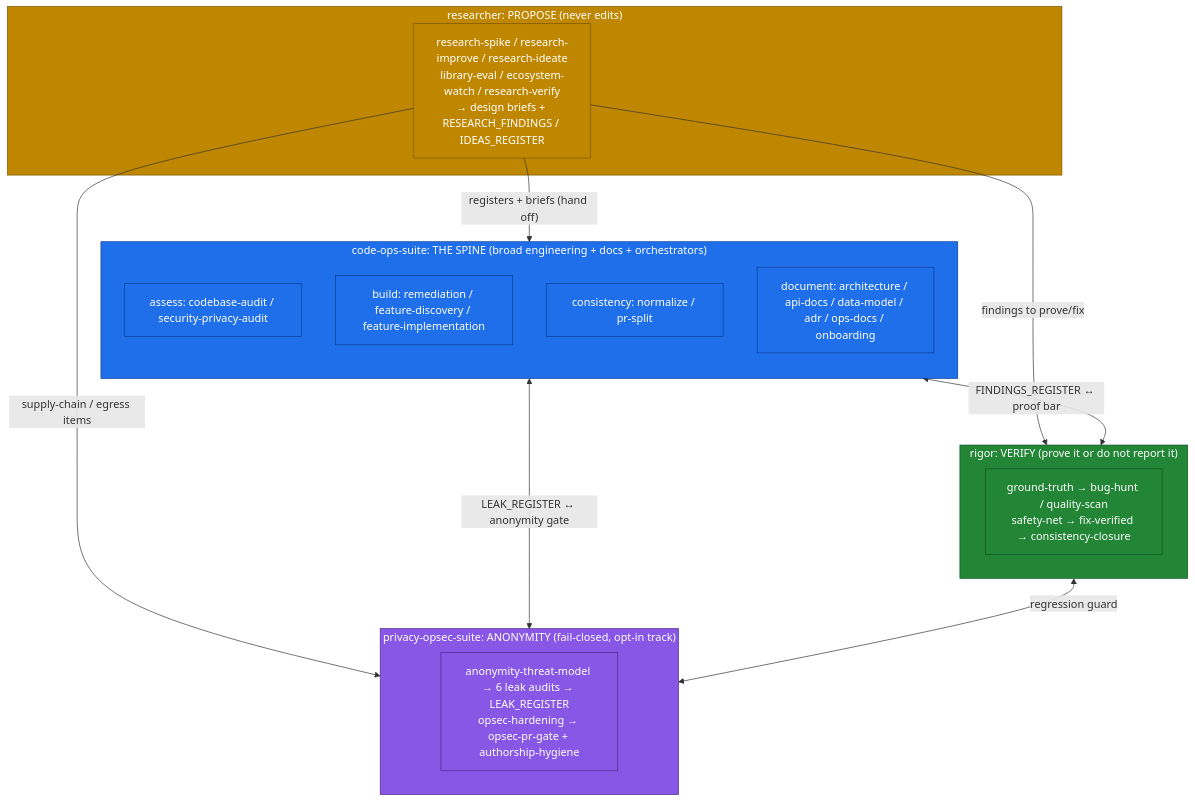
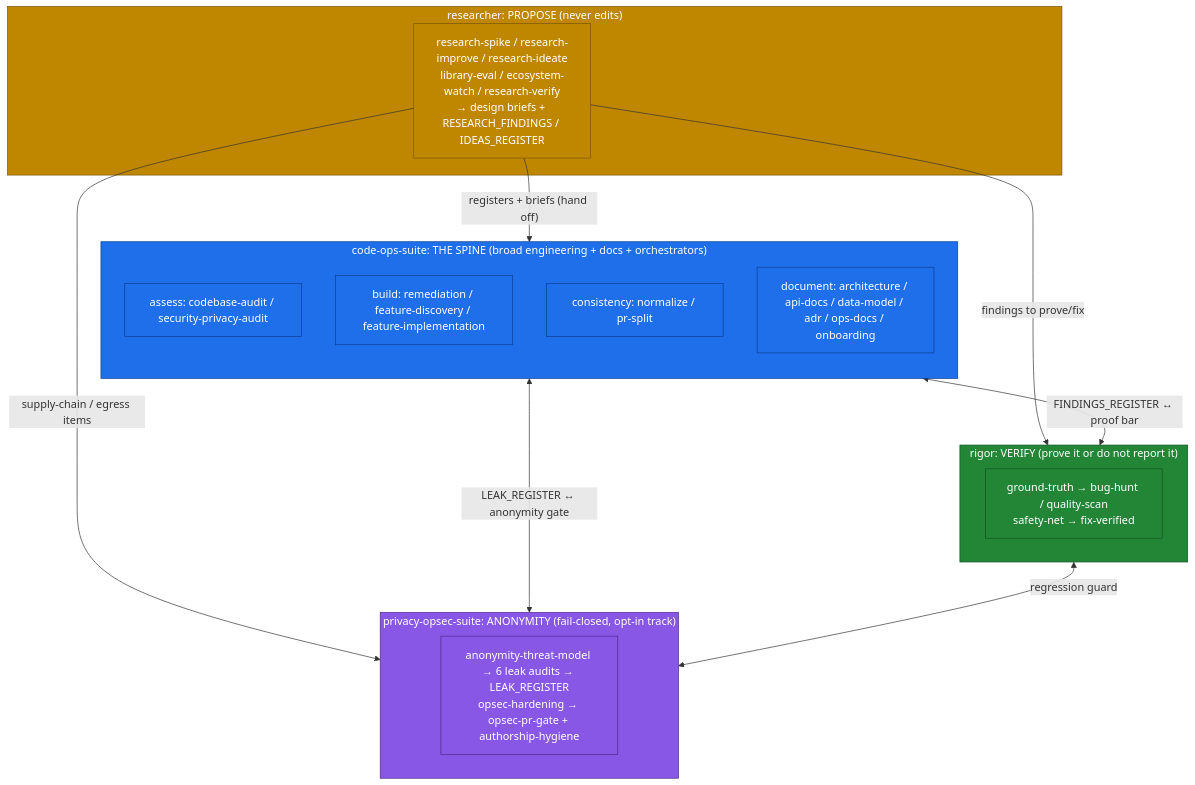
The first of 2 diagrams in code-ops-docs/40 Engineering/Handbook/02-mental-model.md (skylarsabo/code-ops), drawn with Mermaid before and after one commit. The commit also changed other lines of this file and 44 other files, not shown here.

First line of the commit message:
Merge consistency-closure into normalize as a concept mode

````diff
--- a/code-ops-docs/40 Engineering/Handbook/02-mental-model.md
+++ b/code-ops-docs/40 Engineering/Handbook/02-mental-model.md
@@ -91,39 +91,39 @@
 ```mermaid
 flowchart TB
     subgraph propose["researcher: PROPOSE (never edits)"]
         R["research-spike / research-improve / research-ideate<br/>library-eval / ecosystem-watch / research-verify<br/>→ design briefs + RESEARCH_FINDINGS / IDEAS_REGISTER"]
     end
 
     subgraph spine["code-ops-suite: THE SPINE (broad engineering + docs + orchestrators)"]
         direction TB
         AUDIT["assess: codebase-audit / security-privacy-audit"]
         BUILD["build: remediation / feature-discovery / feature-implementation"]
         NORM["consistency: normalize / pr-split"]
         DOCS["document: architecture / api-docs / data-model / adr / ops-docs / onboarding"]
     end
 
     subgraph verify["rigor: VERIFY (prove it or do not report it)"]
-        V["ground-truth → bug-hunt / quality-scan<br/>safety-net → fix-verified → consistency-closure"]
+        V["ground-truth → bug-hunt / quality-scan<br/>safety-net → fix-verified"]
     end
 
     subgraph anon["privacy-opsec-suite: ANONYMITY (fail-closed, opt-in track)"]
         P["anonymity-threat-model → 6 leak audits → LEAK_REGISTER<br/>opsec-hardening → opsec-pr-gate + authorship-hygiene"]
     end
 
     R -->|"registers + briefs (hand off)"| spine
     R -->|"findings to prove/fix"| verify
     R -->|"supply-chain / egress items"| anon
 
     spine <-->|"FINDINGS_REGISTER ↔ proof bar"| verify
     spine <-->|"LEAK_REGISTER ↔ anonymity gate"| anon
     verify <-->|"regression guard"| anon
 
     classDef spineCls fill:#1f6feb,stroke:#0b3d91,color:#fff;
     classDef verifyCls fill:#238636,stroke:#0f5323,color:#fff;
     classDef anonCls fill:#8957e5,stroke:#4c2889,color:#fff;
     classDef proposeCls fill:#bf8700,stroke:#7a5600,color:#fff;
     class spine,AUDIT,BUILD,NORM,DOCS spineCls;
     class verify,V verifyCls;
     class anon,P anonCls;
     class propose,R proposeCls;
 ```
````
